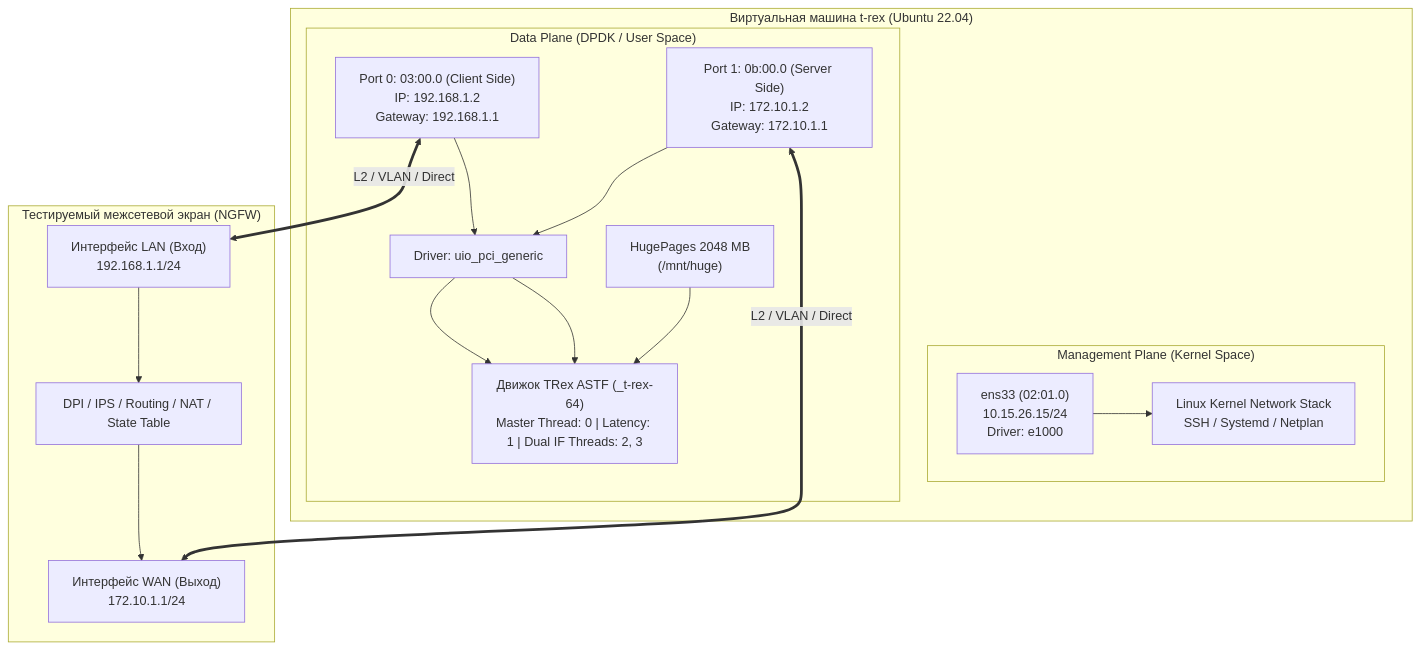
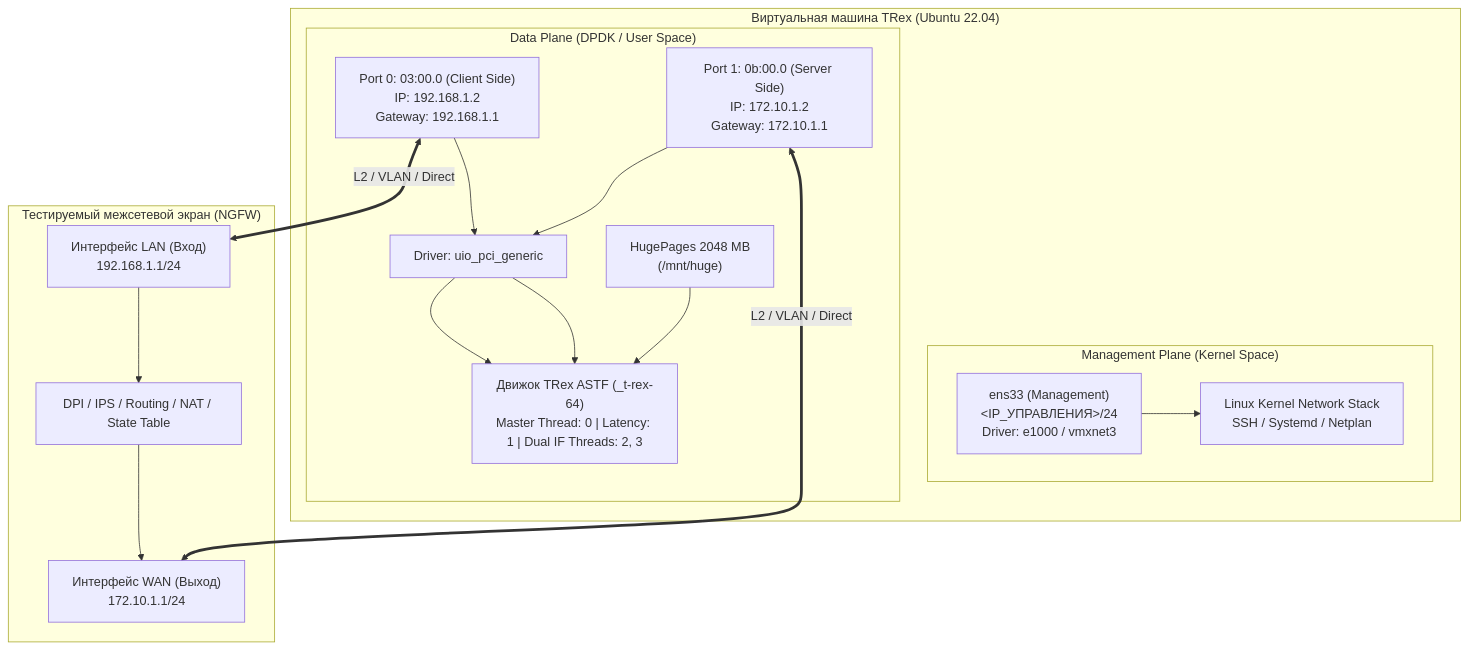
One commit to bratiska6-pixel/cisco-trex-studio changed the diagram in docs/01-deployment-cli.md. Above: the diagram before and after it, drawn with Mermaid. The commit also changed other lines of this file, not shown here.

Commit message:
security: anonymize docs/01-deployment-cli.md

````diff
--- a/docs/01-deployment-cli.md
+++ b/docs/01-deployment-cli.md
@@ -27,34 +27,34 @@
 ```mermaid
 flowchart TD
-    subgraph VM ["Виртуальная машина t-rex (Ubuntu 22.04)"]
+    subgraph VM ["Виртуальная машина TRex (Ubuntu 22.04)"]
         subgraph Management ["Management Plane (Kernel Space)"]
-            ens33["ens33 (02:01.0)<br/>10.15.26.15/24<br/>Driver: e1000"]
+            ens33["ens33 (Management)<br/>&lt;IP_УПРАВЛЕНИЯ&gt;/24<br/>Driver: e1000 / vmxnet3"]
             KernelStack["Linux Kernel Network Stack<br/>SSH / Systemd / Netplan"]
             ens33 --> KernelStack
         end
 
         subgraph DataPlane ["Data Plane (DPDK / User Space)"]
             HP["HugePages 2048 MB<br/>(/mnt/huge)"]
             UIO["Driver: uio_pci_generic"]
             
             Port0["Port 0: 03:00.0 (Client Side)<br/>IP: 192.168.1.2<br/>Gateway: 192.168.1.1"]
             Port1["Port 1: 0b:00.0 (Server Side)<br/>IP: 172.10.1.2<br/>Gateway: 172.10.1.1"]
             
             TRexEngine["Движок TRex ASTF (_t-rex-64)<br/>Master Thread: 0 | Latency: 1 | Dual IF Threads: 2, 3"]
             
             Port0 --> UIO --> TRexEngine
             Port1 --> UIO --> TRexEngine
             HP --> TRexEngine
         end
     end
 
     subgraph NGFW ["Тестируемый межсетевой экран (NGFW)"]
         IF_LAN["Интерфейс LAN (Вход)<br/>192.168.1.1/24"]
         IF_WAN["Интерфейс WAN (Выход)<br/>172.10.1.1/24"]
         FirewallEngine["DPI / IPS / Routing / NAT / State Table"]
         IF_LAN --> FirewallEngine --> IF_WAN
     end
 
     Port0 <==> |L2 / VLAN / Direct| IF_LAN
     Port1 <==> |L2 / VLAN / Direct| IF_WAN
 ```
````
